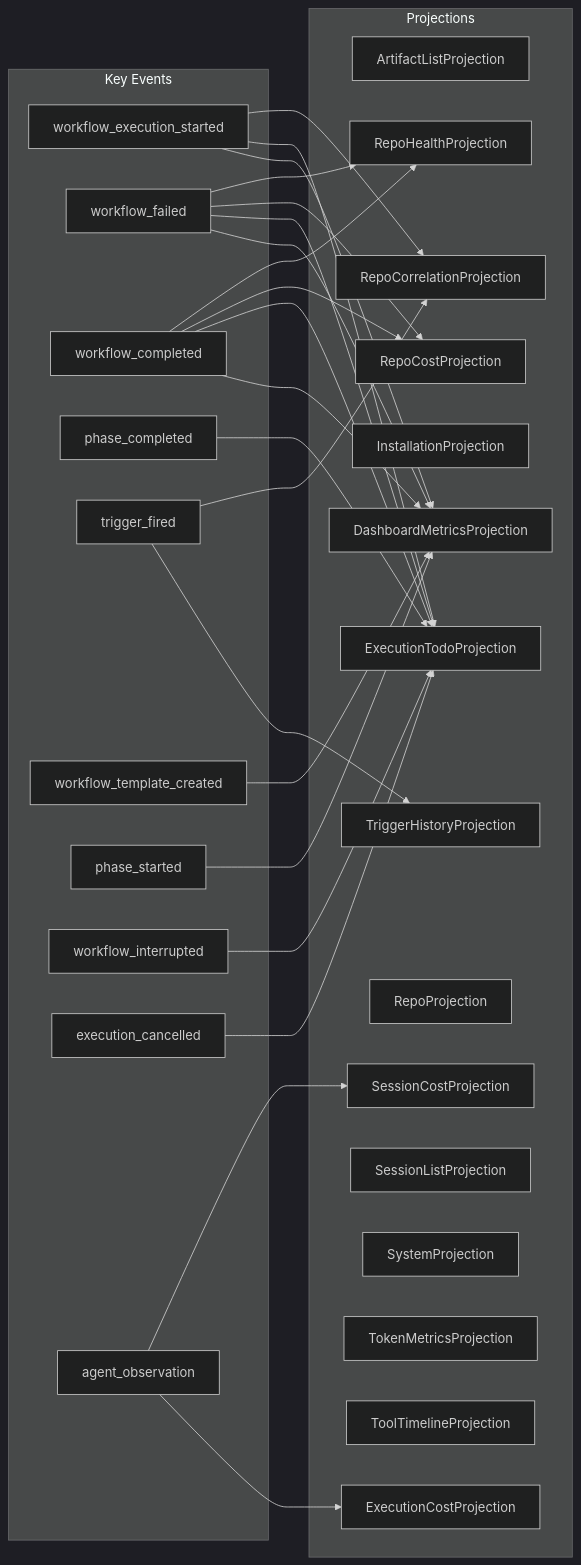
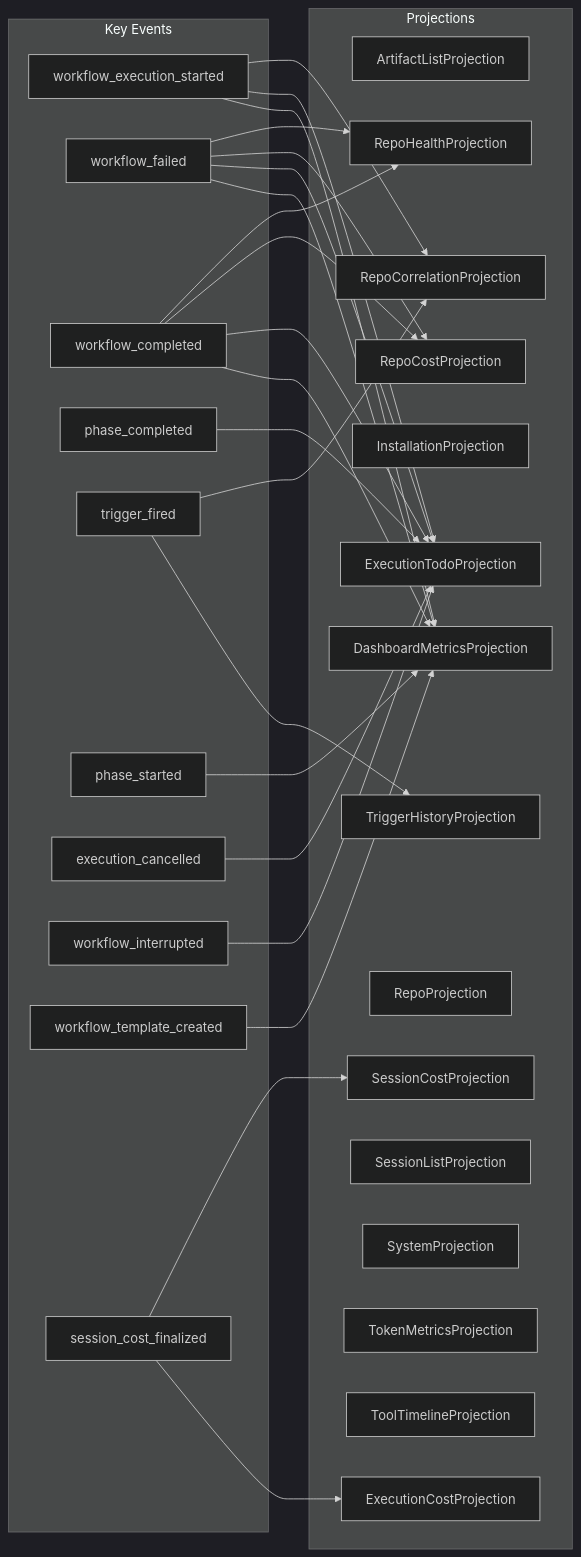
The diagram in docs/architecture/projection-subscriptions.md (syntropic137/syntropic137), drawn with Mermaid (dark theme) before and after one commit. The commit also changed other lines of this file and 1 other file, not shown here.

Commit message:
docs: update generated architecture docs

````diff
--- a/docs/architecture/projection-subscriptions.md
+++ b/docs/architecture/projection-subscriptions.md
@@ -15,54 +15,54 @@
 ```mermaid
 graph LR
     subgraph events["Key Events"]
         e1[workflow_execution_started]
         e2[workflow_failed]
         e3[workflow_completed]
         e4[phase_completed]
         e5[trigger_fired]
-        e6[workflow_template_created]
-        e7[phase_started]
+        e6[phase_started]
+        e7[execution_cancelled]
         e8[workflow_interrupted]
-        e9[execution_cancelled]
-        e10[agent_observation]
+        e9[workflow_template_created]
+        e10[session_cost_finalized]
     end
 
     subgraph projections["Projections"]
         p1[ArtifactListProjection]
         p2[DashboardMetricsProjection]
         p3[ExecutionCostProjection]
         p4[ExecutionTodoProjection]
         p5[InstallationProjection]
         p6[RepoCorrelationProjection]
         p7[RepoCostProjection]
         p8[RepoHealthProjection]
         p9[RepoProjection]
         p10[SessionCostProjection]
         p11[SessionListProjection]
         p12[SystemProjection]
         p13[TokenMetricsProjection]
         p14[ToolTimelineProjection]
         p15[TriggerHistoryProjection]
     end
 
-    e10 --> p10
-    e10 --> p3
     e5 --> p6
     e5 --> p15
     e6 --> p2
+    e7 --> p4
+    e10 --> p10
+    e10 --> p3
     e2 --> p8
     e2 --> p7
     e2 --> p4
     e2 --> p2
-    e1 --> p6
-    e1 --> p4
-    e1 --> p2
-    e7 --> p2
-    e8 --> p4
-    e9 --> p4
     e3 --> p8
     e3 --> p7
     e3 --> p4
     e3 --> p2
+    e1 --> p6
+    e1 --> p4
+    e1 --> p2
     e4 --> p4
+    e8 --> p4
+    e9 --> p2
 ```
````
